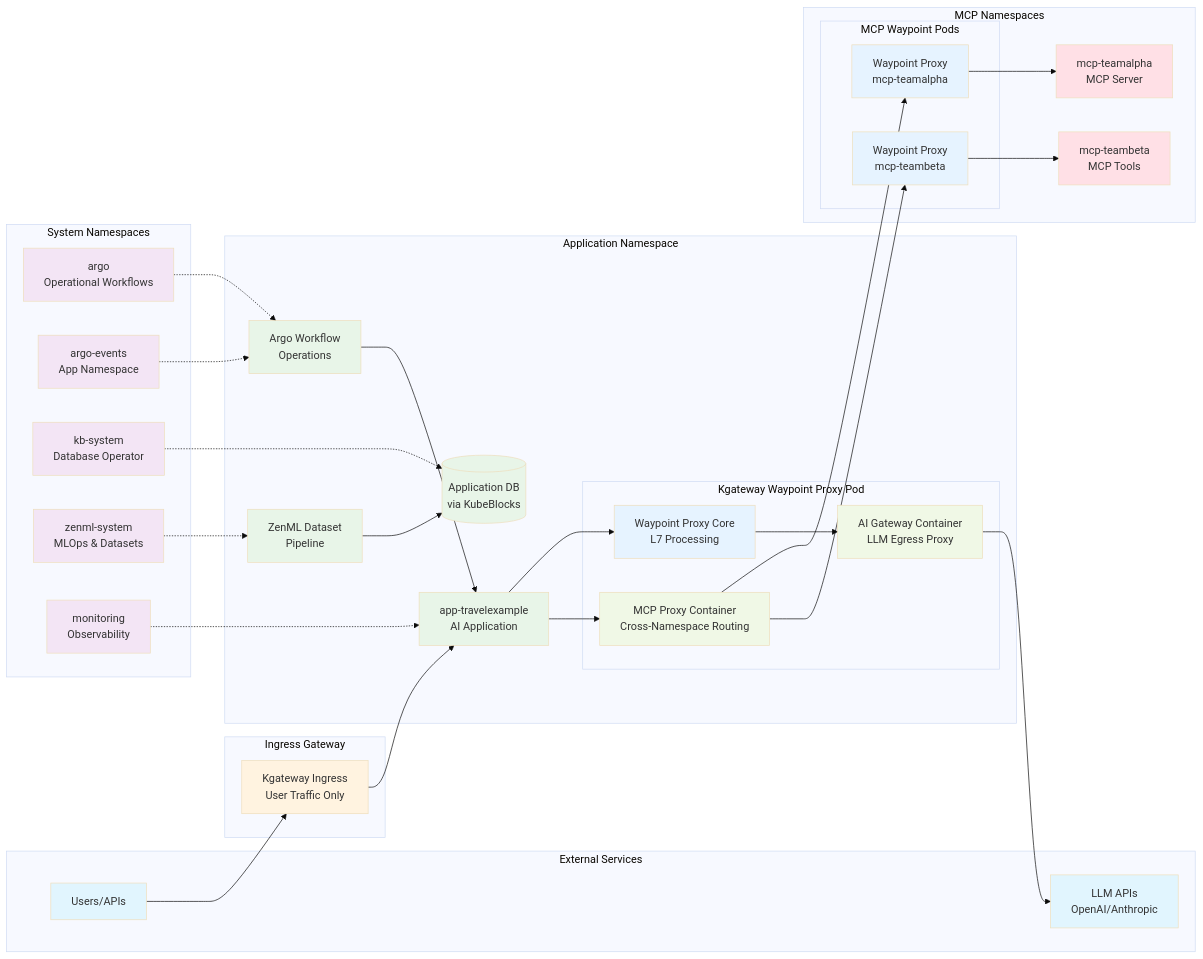
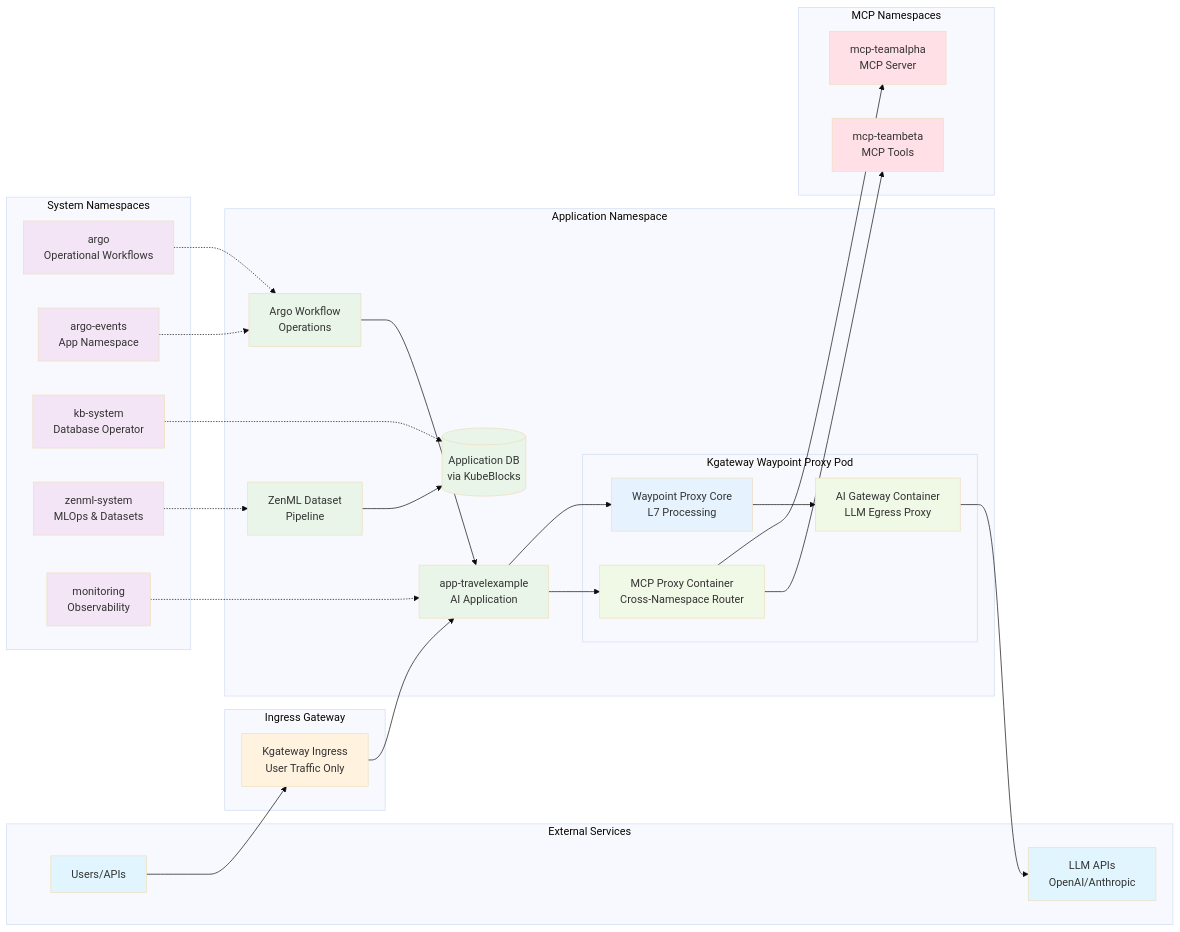
The second of 2 diagrams in docs/x-archplan.md (smpnet74/terraform-template), drawn with Mermaid (base theme) before and after one commit. The commit also changed other lines of this file, not shown here.

````diff
--- a/docs/x-archplan.md
+++ b/docs/x-archplan.md
@@ -99,79 +99,72 @@
 ```mermaid
 graph LR
     subgraph "External Services"
         USER[Users/APIs]
         LLM[LLM APIs<br/>OpenAI/Anthropic]
     end
     
     subgraph "Ingress Gateway"
         IGW[Kgateway Ingress<br/>User Traffic Only]
     end
     
     subgraph "System Namespaces"
         ARGO[argo<br/>Operational Workflows]
         ARGOEV[argo-events<br/>App Namespace]
         KB[kb-system<br/>Database Operator]
         ZENML[zenml-system<br/>MLOps & Datasets]
         MON[monitoring<br/>Observability]
     end
     
     subgraph "Application Namespace"
         APP[app-travelexample<br/>AI Application]
         DB[(Application DB<br/>via KubeBlocks)]
         ML[ZenML Dataset<br/>Pipeline]
         WF[Argo Workflow<br/>Operations]
         
         subgraph "Kgateway Waypoint Proxy Pod"
             AIWP[AI Gateway Container<br/>LLM Egress Proxy]
-            MCPWP[MCP Proxy Container<br/>Cross-Namespace Routing]
+            MCPWP[MCP Proxy Container<br/>Cross-Namespace Router]
             WP[Waypoint Proxy Core<br/>L7 Processing]
         end
     end
     
     subgraph "MCP Namespaces"
         MCP1[mcp-teamalpha<br/>MCP Server]
         MCP2[mcp-teambeta<br/>MCP Tools]
-        
-        subgraph "MCP Waypoint Pods"
-            WP1[Waypoint Proxy<br/>mcp-teamalpha]
-            WP2[Waypoint Proxy<br/>mcp-teambeta]
-        end
     end
     
     USER --> IGW
     IGW --> APP
     
     APP --> WP
     WP --> AIWP
     AIWP --> LLM
     
     APP --> MCPWP
-    MCPWP --> WP1
-    MCPWP --> WP2
-    WP1 --> MCP1
-    WP2 --> MCP2
+    MCPWP --> MCP1
+    MCPWP --> MCP2
     
     ARGO -.-> WF
     ARGOEV -.-> WF
     KB -.-> DB
     ZENML -.-> ML
     MON -.-> APP
     ML --> DB
     WF --> APP
     
     classDef external fill:#e1f5fe
     classDef ingress fill:#fff3e0
     classDef system fill:#f3e5f5
     classDef app fill:#e8f5e8
     classDef mcp fill:#ffe0e6
     classDef waypoint fill:#e6f3ff
     classDef proxy fill:#f0f8e6
     
     class USER,LLM external
     class IGW ingress
     class ARGO,ARGOEV,KB,ZENML,MON system
     class APP,DB,ML,WF app
     class MCP1,MCP2 mcp
-    class WP,WP1,WP2 waypoint
+    class WP waypoint
     class AIWP,MCPWP proxy
 ```
````
